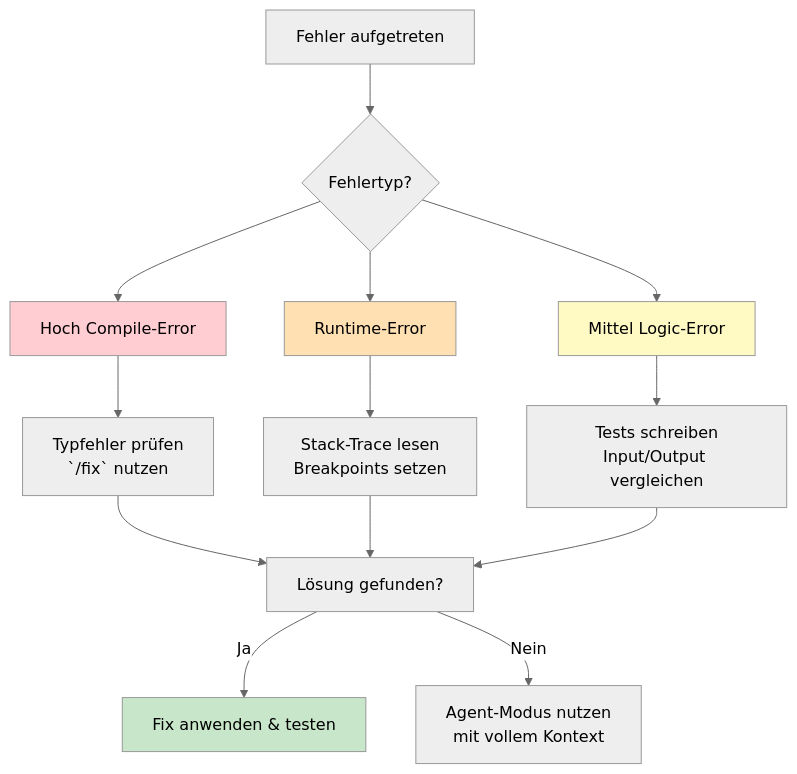
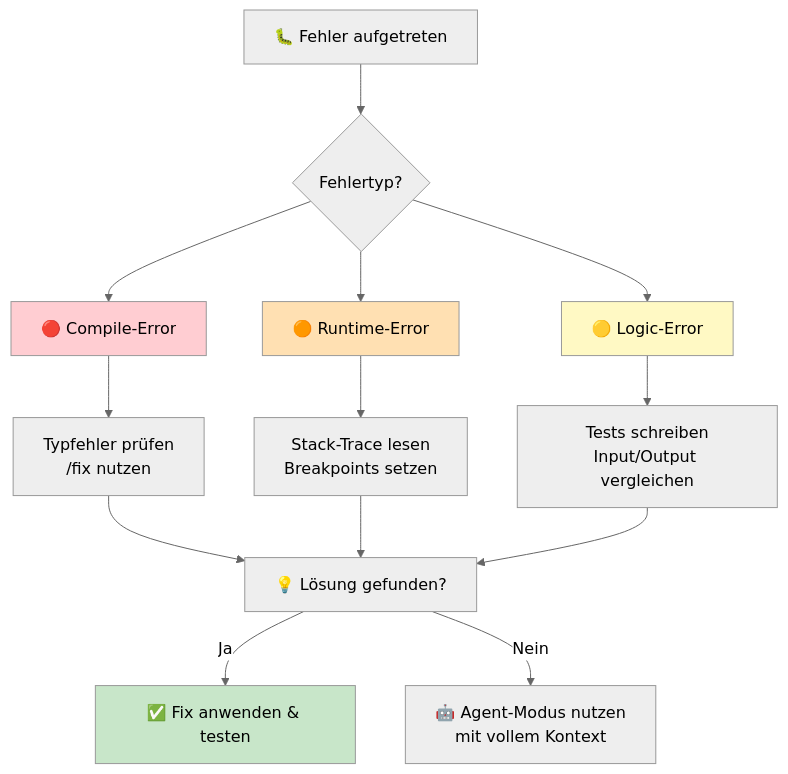
Before and after one commit to justinsz/ProPrompt: the second of 3 diagrams in coders_de.md, drawn with Mermaid (neutral theme). The commit also changed other lines of this file and 11 other files, not shown here.

First line of the commit message:
Restore emojis in normal text, keep prompts clean, fix Mermaid syntax

````diff
--- a/coders_de.md
+++ b/coders_de.md
@@ -214,24 +214,24 @@
 ```mermaid
 flowchart TD
-    A[Fehler aufgetreten] --> B{Fehlertyp?}
+    A[🐛 Fehler aufgetreten] --> B{Fehlertyp?}
 
-    B --> C[Hoch Compile-Error]
-    B --> D[Runtime-Error]
-    B --> E[Mittel Logic-Error]
+    B --> C[🔴 Compile-Error]
+    B --> D[🟠 Runtime-Error]
+    B --> E[🟡 Logic-Error]
 
-    C --> C1[Typfehler prüfen<br/>`/fix` nutzen]
+    C --> C1["Typfehler prüfen<br/>/fix nutzen"]
     D --> D1[Stack-Trace lesen<br/>Breakpoints setzen]
     E --> E1[Tests schreiben<br/>Input/Output vergleichen]
 
-    C1 --> F[Lösung gefunden?]
+    C1 --> F[💡 Lösung gefunden?]
     D1 --> F
     E1 --> F
 
-    F -- Ja --> G[Fix anwenden & testen]
-    F -- Nein --> H[Agent-Modus nutzen<br/>mit vollem Kontext]
+    F -- Ja --> G[✅ Fix anwenden & testen]
+    F -- Nein --> H[🤖 Agent-Modus nutzen<br/>mit vollem Kontext]
 
     style C fill:#ffcdd2
     style D fill:#ffe0b2
     style E fill:#fff9c4
     style G fill:#c8e6c9
 ```
````
